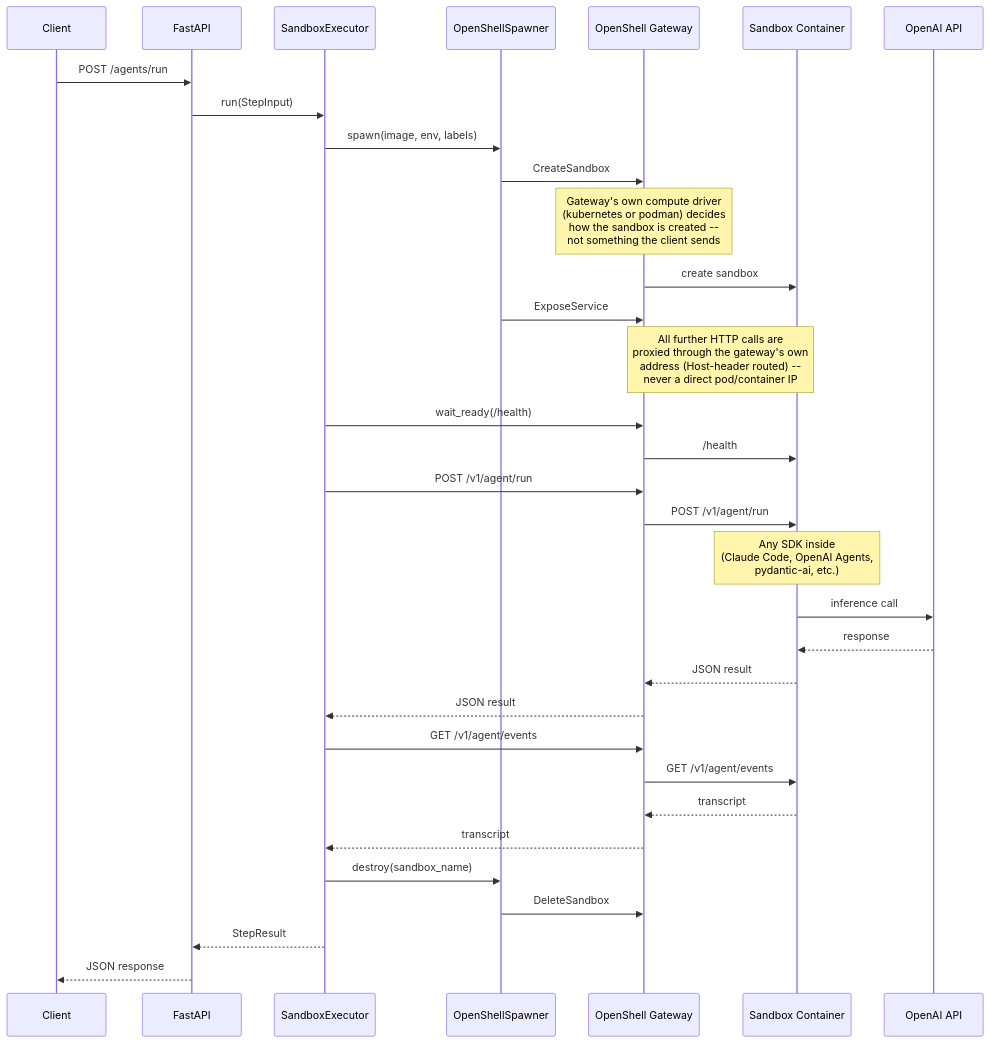
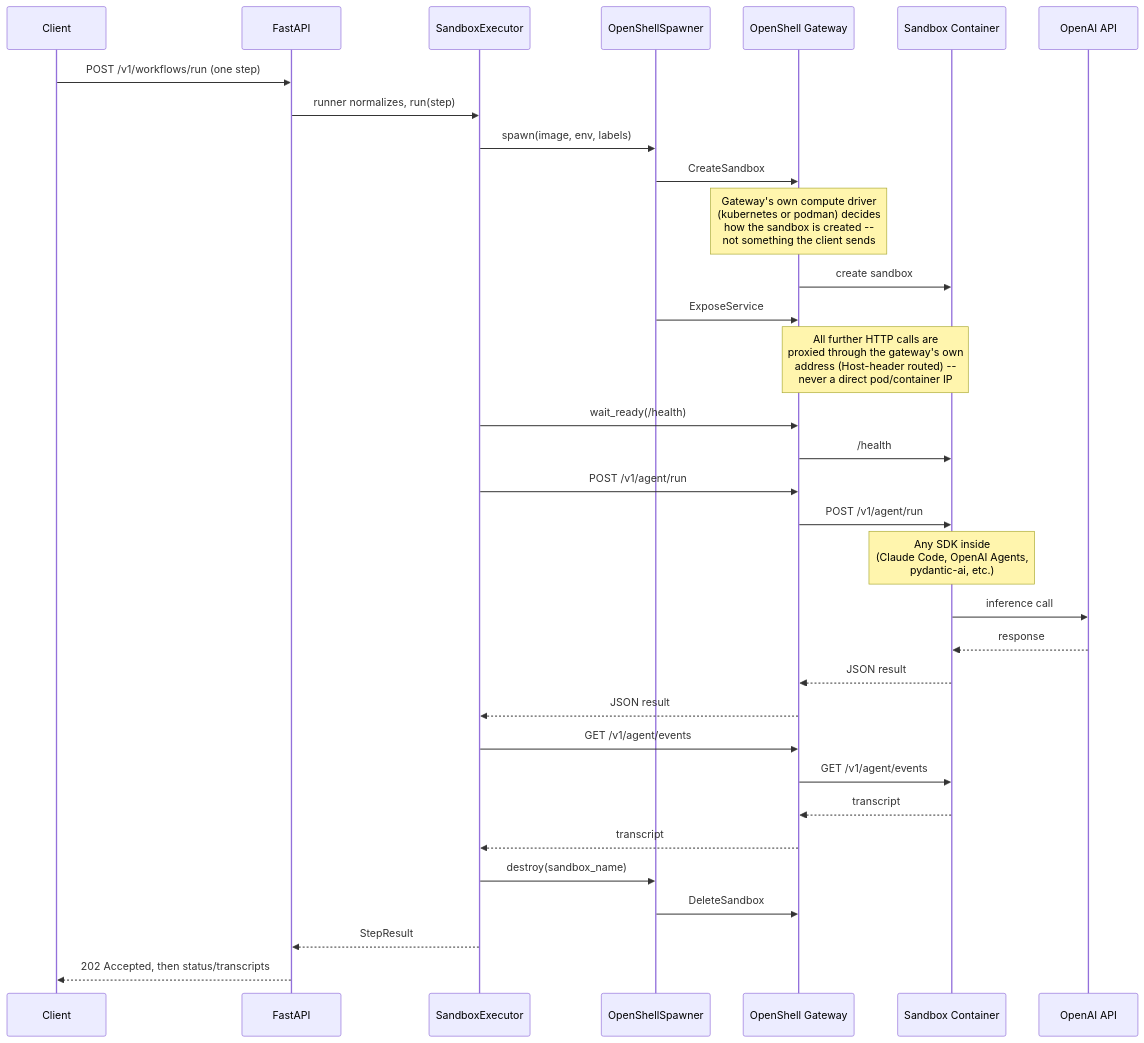
The fourth of 9 diagrams in docs/design/cloud-agents/integration-architecture.md (jameswnl/lightspeed-stack), drawn with Mermaid before and after one commit. The commit also changed other lines of this file and 23 other files, not shown here.

````diff
--- a/docs/design/cloud-agents/integration-architecture.md
+++ b/docs/design/cloud-agents/integration-architecture.md
@@ -120,36 +119,36 @@
 ```mermaid
 sequenceDiagram
     participant Client
     participant FastAPI
     participant SandboxExec as SandboxExecutor
     participant Spawner as OpenShellSpawner
     participant Gateway as OpenShell Gateway
     participant Container as Sandbox Container
     participant LLM as OpenAI API
 
-    Client->>FastAPI: POST /agents/run
-    FastAPI->>SandboxExec: run(StepInput)
+    Client->>FastAPI: POST /v1/workflows/run (one step)
+    FastAPI->>SandboxExec: runner normalizes, run(step)
     SandboxExec->>Spawner: spawn(image, env, labels)
     Spawner->>Gateway: CreateSandbox
     Note over Gateway: Gateway's own compute driver<br/>(kubernetes or podman) decides<br/>how the sandbox is created --<br/>not something the client sends
     Gateway->>Container: create sandbox
     Spawner->>Gateway: ExposeService
     Note over Gateway,Container: All further HTTP calls are<br/>proxied through the gateway's own<br/>address (Host-header routed) --<br/>never a direct pod/container IP
     SandboxExec->>Gateway: wait_ready(/health)
     Gateway->>Container: /health
     SandboxExec->>Gateway: POST /v1/agent/run
     Gateway->>Container: POST /v1/agent/run
     Note over Container: Any SDK inside<br/>(Claude Code, OpenAI Agents,<br/>pydantic-ai, etc.)
     Container->>LLM: inference call
     LLM-->>Container: response
     Container-->>Gateway: JSON result
     Gateway-->>SandboxExec: JSON result
     SandboxExec->>Gateway: GET /v1/agent/events
     Gateway->>Container: GET /v1/agent/events
     Container-->>Gateway: transcript
     Gateway-->>SandboxExec: transcript
     SandboxExec->>Spawner: destroy(sandbox_name)
     Spawner->>Gateway: DeleteSandbox
     SandboxExec-->>FastAPI: StepResult
-    FastAPI-->>Client: JSON response
+    FastAPI-->>Client: 202 Accepted, then status/transcripts
 ```
````
